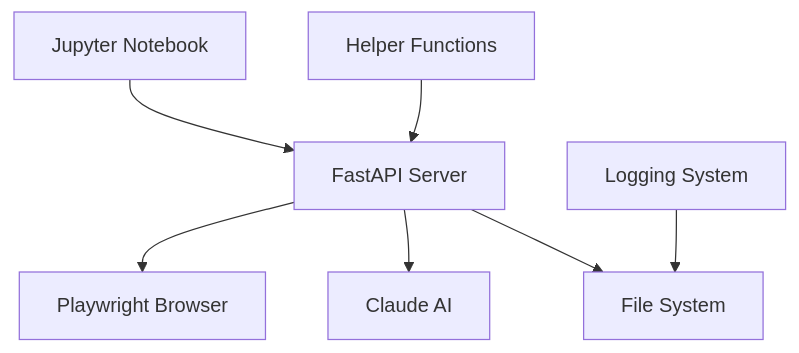
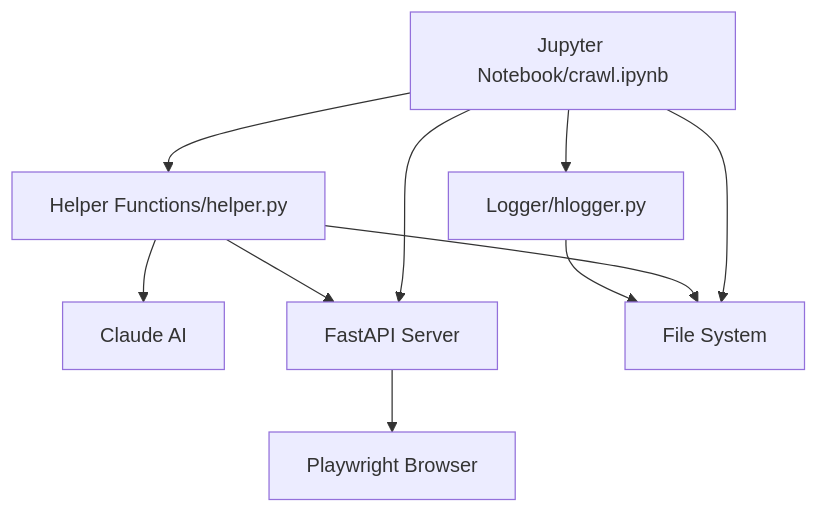
Before and after one commit to dusaneh/sync-crawl: the first of 2 diagrams in docs/architecture.md, drawn with Mermaid. The commit also changed other lines of this file, not shown here.

````diff
--- a/docs/architecture.md
+++ b/docs/architecture.md
@@ -5,9 +5,12 @@
 ```mermaid
 graph TD
-    A[Jupyter Notebook] --> B[FastAPI Server]
-    B --> C[Playwright Browser]
-    B --> D[Claude AI]
-    B --> E[File System]
-    F[Helper Functions] --> B
-    G[Logging System] --> E
+    N[Jupyter Notebook/crawl.ipynb] --> H[Helper Functions/helper.py]
+    N --> L[Logger/hlogger.py]
+    H --> C[Claude AI]
+    H --> F[FastAPI Server]
+    F --> B[Playwright Browser]
+    N --> F
+    L --> FS[File System]
+    H --> FS
+    N --> FS
 ```
````
